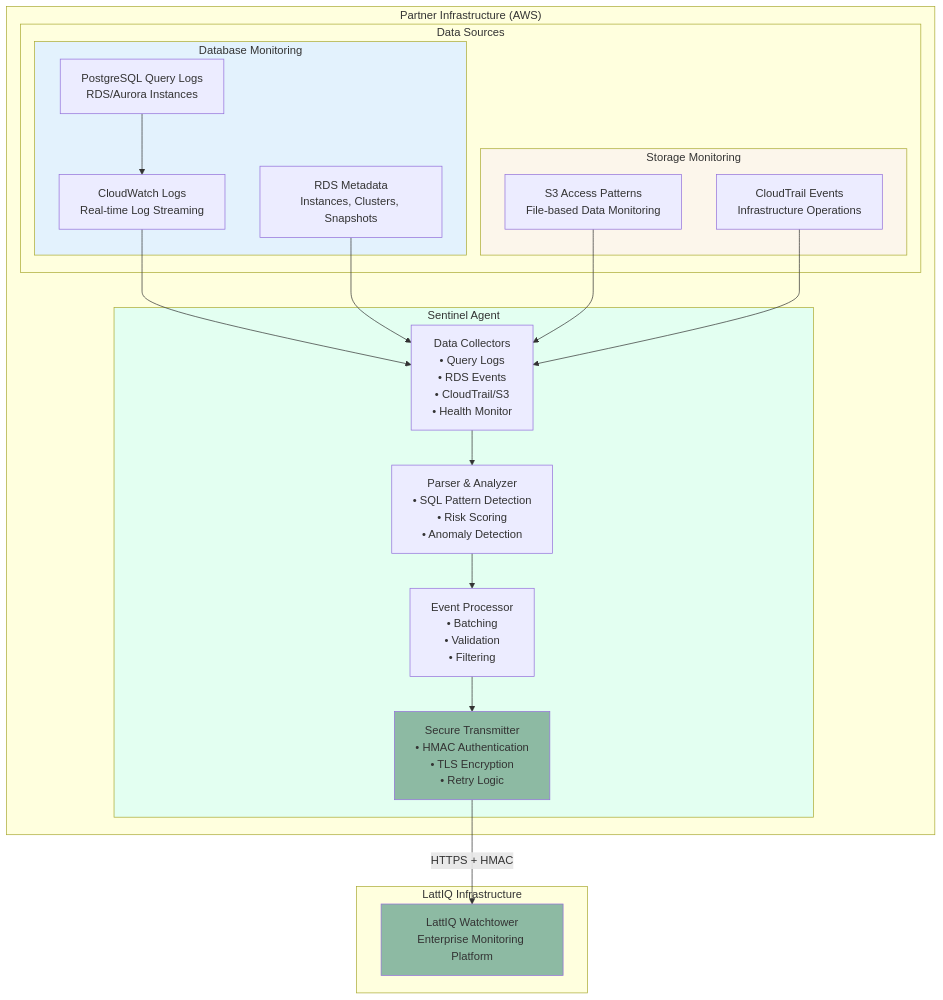
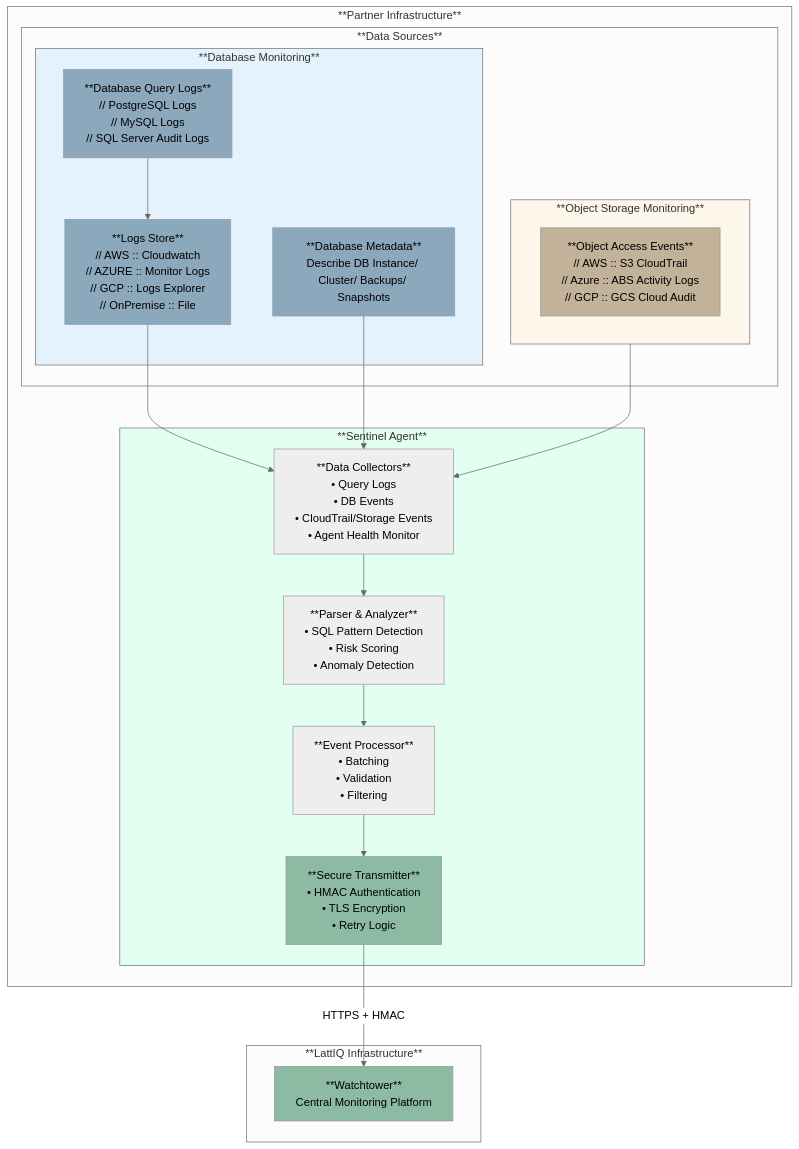
The diagram in README.md (lattiq/sentinel), drawn with Mermaid before and after one commit. The commit also changed other lines of this file, not shown here.

Commit message:
Enhance README with detailed architecture and core purpose for Sentinel monitoring agent
- Added a new section outlining the core purpose of Sentinel, detailing its monitoring capabilities.
- Updated architecture diagram for clarity, including improved labeling and organization of components.
- Enhanced descriptions for database and object storage monitoring, emphasizing compliance and security features.

````diff
--- a/README.md
+++ b/README.md
@@ -23,39 +32,45 @@
 ```mermaid
-graph TB
-    subgraph "Partner Infrastructure (AWS)"
-        subgraph "Data Sources"
-            subgraph DB["Database Monitoring"]
-                QUERY["PostgreSQL Query Logs<br/>RDS/Aurora Instances"]
-                LOGSTORE["CloudWatch Logs<br/>Real-time Log Streaming"]
-                META["RDS Metadata<br/>Instances, Clusters, Snapshots"]
+%%{init: {'theme': 'neutral', 'themeVariables': {'darkMode': true}, "flowchart" : {'nodeSpacing': 60, 'rankSpacing': 60, 'curve': 'basis'} } }%%
+graph TD
+    subgraph PI["**Partner Infrastructure**"]
+        subgraph DS["**Data Sources**"]
+            subgraph DB["**Database Monitoring**"]
+                QUERY["**Database Query Logs**<br/>// PostgreSQL Logs<br/>// MySQL Logs<br/>// SQL Server Audit Logs"]
+                LOGSTORE["**Logs Store**<br/>// AWS :: Cloudwatch<br/>// AZURE :: Monitor Logs<br/>// GCP :: Logs Explorer<br/>// OnPremise :: File"]
+                META["**Database Metadata**<br/>Describe DB Instance/ Cluster/ Backups/ Snapshots"]
             end
-            subgraph STORAGE["Storage Monitoring"]
-                S3["S3 Access Patterns<br/>File-based Data Monitoring"]
-                CLOUDTRAIL["CloudTrail Events<br/>Infrastructure Operations"]
+            subgraph OBJECTS["**Object Storage Monitoring**"]
+                ACCESS_EVENTS["**Object Access Events**
+                // AWS :: S3 CloudTrail
+                // Azure :: ABS Activity Logs
+                // GCP :: GCS Cloud Audit"]
             end
         end
-        subgraph AGENT["Sentinel Agent"]
-            COLLECTORS["Data Collectors<br/>• Query Logs<br/>• RDS Events<br/>• CloudTrail/S3<br/>• Health Monitor"]
-            PARSER["Parser & Analyzer<br/>• SQL Pattern Detection<br/>• Risk Scoring<br/>• Anomaly Detection"]
-            PROCESSOR["Event Processor<br/>• Batching<br/>• Validation<br/>• Filtering"]
-            TRANSMITTER["Secure Transmitter<br/>• HMAC Authentication<br/>• TLS Encryption<br/>• Retry Logic"]
+        subgraph AGENT["**Sentinel Agent**"]
+            COLLECTORS[**Data Collectors**<br/>• Query Logs<br/>• DB Events<br/>• CloudTrail/Storage Events<br/>• Agent Health Monitor]
+            PARSER[**Parser & Analyzer**<br/>• SQL Pattern Detection<br/>• Risk Scoring<br/>• Anomaly Detection]
+            PROCESSOR[**Event Processor**<br/>• Batching<br/>• Validation<br/>• Filtering]
+            TRANSMITTER[**Secure Transmitter**<br/>• HMAC Authentication<br/>• TLS Encryption<br/>• Retry Logic]
         end
     end
-    subgraph "LattIQ Infrastructure"
-        WATCHTOWER["LattIQ Watchtower<br/>Enterprise Monitoring Platform"]
+    subgraph LI["**LattIQ Infrastructure**"]
+        WATCHTOWER[**Watchtower**<br/>Central Monitoring Platform]
     end
     QUERY --> LOGSTORE
     LOGSTORE --> COLLECTORS
     META --> COLLECTORS
-    S3 --> COLLECTORS
-    CLOUDTRAIL --> COLLECTORS
+    OBJECTS --> COLLECTORS
     COLLECTORS --> PARSER
     PARSER --> PROCESSOR
     PROCESSOR --> TRANSMITTER
     TRANSMITTER -->|HTTPS + HMAC| WATCHTOWER
     style DB fill:#e3f2fd
-    style STORAGE fill:#fcf6eb
+    style QUERY fill:#8ca8bd
+    style LOGSTORE fill:#8ca8bd
+    style META fill:#8ca8bd
+    style OBJECTS fill:#fcf6eb
+    style ACCESS_EVENTS fill:#c2b299
     style AGENT fill:#e3fff1
     style TRANSMITTER fill:#8dbaa3
     style WATCHTOWER fill:#8dbaa3
 ```
````
